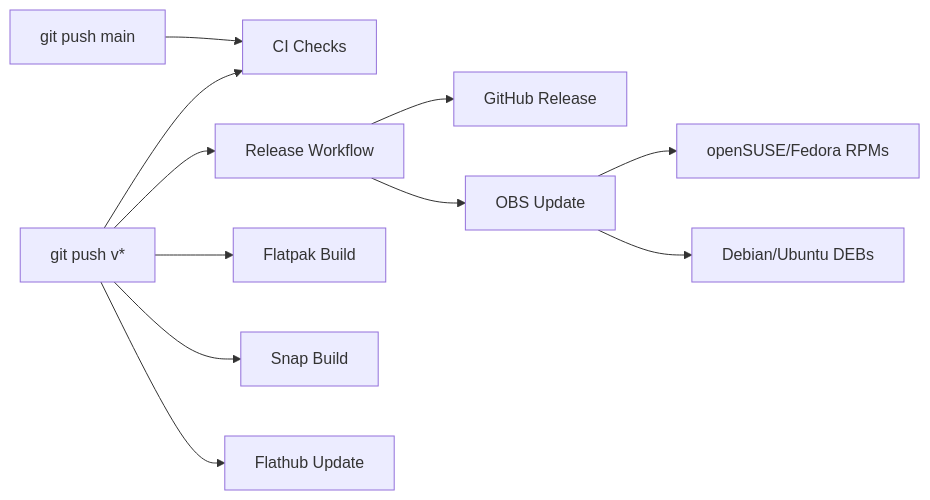
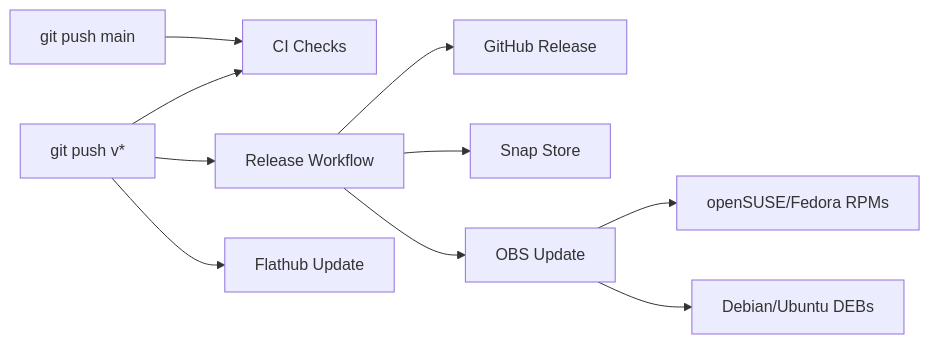
The first of 6 diagrams in docs/CI_BUILD_FLOW.md (shanecaf/RustConn), drawn with Mermaid before and after one commit. The commit also changed other lines of this file and 3 other files, not shown here.

````diff
--- a/docs/CI_BUILD_FLOW.md
+++ b/docs/CI_BUILD_FLOW.md
@@ -8,13 +8,12 @@
 ```mermaid
 graph LR
     Push[git push main] --> CI[CI Checks]
     Tag[git push v*] --> CI
     Tag --> Release[Release Workflow]
-    Tag --> Flatpak[Flatpak Build]
-    Tag --> Snap[Snap Build]
     Tag --> Flathub[Flathub Update]
     Release --> GHRelease[GitHub Release]
+    Release --> SnapStore[Snap Store]
     Release --> OBS[OBS Update]
     OBS --> RPM[openSUSE/Fedora RPMs]
     OBS --> DEB[Debian/Ubuntu DEBs]
 ```
````
